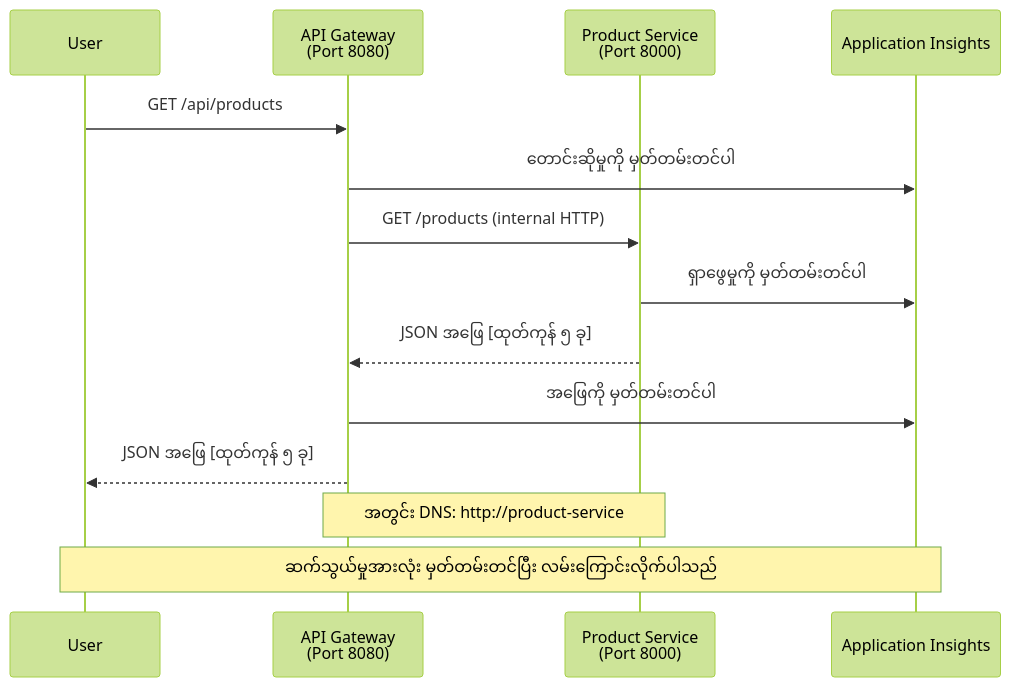
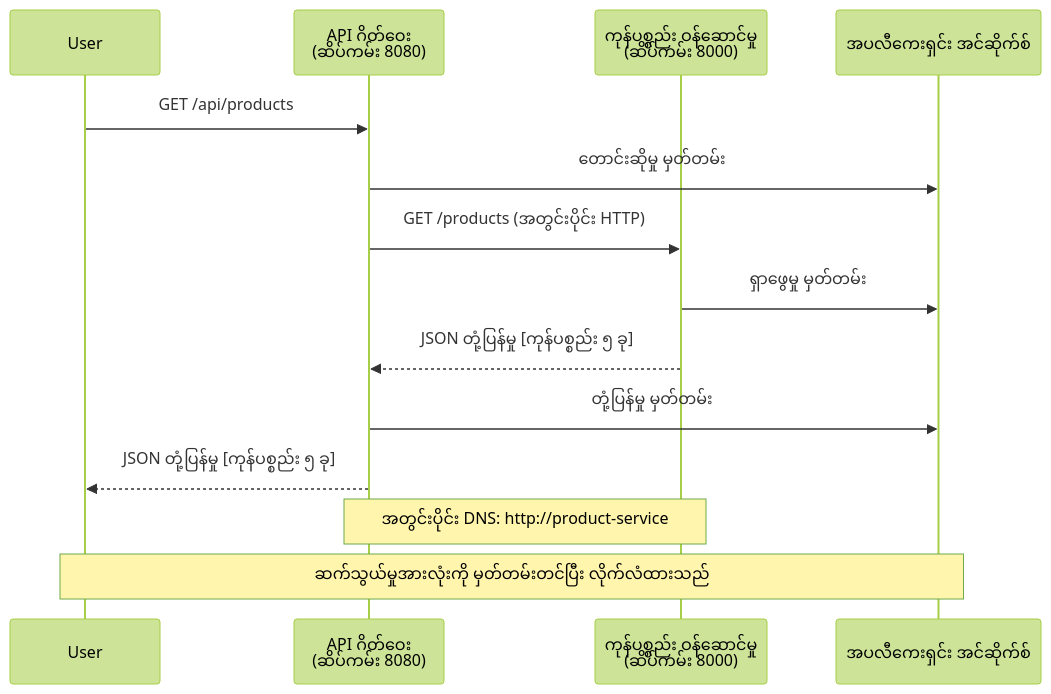
One commit to microsoft/AZD-for-beginners changed the fourth of 4 diagrams in translations/my/examples/microservices/README.md. Above: the diagram before and after it, drawn with Mermaid (forest theme). The commit also changed other lines of this file and 242 other files, not shown here.

````diff
--- a/translations/my/examples/microservices/README.md
+++ b/translations/my/examples/microservices/README.md
@@ -432,18 +423,18 @@
 ```mermaid
 sequenceDiagram
     participant User
-    participant Gateway as API Gateway<br/>(Port 8080)
-    participant Product as Product Service<br/>(Port 8000)
-    participant AI as Application Insights
+    participant Gateway as API ဂိတ်ဝေး<br/>(ဆိပ်ကမ်း 8080)
+    participant Product as ကုန်ပစ္စည်း ဝန်ဆောင်မှု<br/>(ဆိပ်ကမ်း 8000)
+    participant AI as အပလီကေးရှင်း အင်ဆိုက်စ်
     
     User->>Gateway: GET /api/products
-    Gateway->>AI: တောင်းဆိုမှုကို မှတ်တမ်းတင်ပါ
-    Gateway->>Product: GET /products (internal HTTP)
-    Product->>AI: ရှာဖွေမှုကို မှတ်တမ်းတင်ပါ
-    Product-->>Gateway: JSON အဖြေ [ထုတ်ကုန် ၅ ခု]
-    Gateway->>AI: အဖြေကို မှတ်တမ်းတင်ပါ
-    Gateway-->>User: JSON အဖြေ [ထုတ်ကုန် ၅ ခု]
+    Gateway->>AI: တောင်းဆိုမှု မှတ်တမ်း
+    Gateway->>Product: GET /products (အတွင်းပိုင်း HTTP)
+    Product->>AI: ရှာဖွေမှု မှတ်တမ်း
+    Product-->>Gateway: JSON တုံ့ပြန်မှု [ကုန်ပစ္စည်း ၅ ခု]
+    Gateway->>AI: တုံ့ပြန်မှု မှတ်တမ်း
+    Gateway-->>User: JSON တုံ့ပြန်မှု [ကုန်ပစ္စည်း ၅ ခု]
     
-    Note over Gateway,Product: အတွင်း DNS: http://product-service
-    Note over User,AI: ဆက်သွယ်မှုအားလုံး မှတ်တမ်းတင်ပြီး လမ်းကြောင်းလိုက်ပါသည်
+    Note over Gateway,Product: အတွင်းပိုင်း DNS: http://product-service
+    Note over User,AI: ဆက်သွယ်မှုအားလုံးကို မှတ်တမ်းတင်ပြီး လိုက်လံထားသည်
 ```
````
